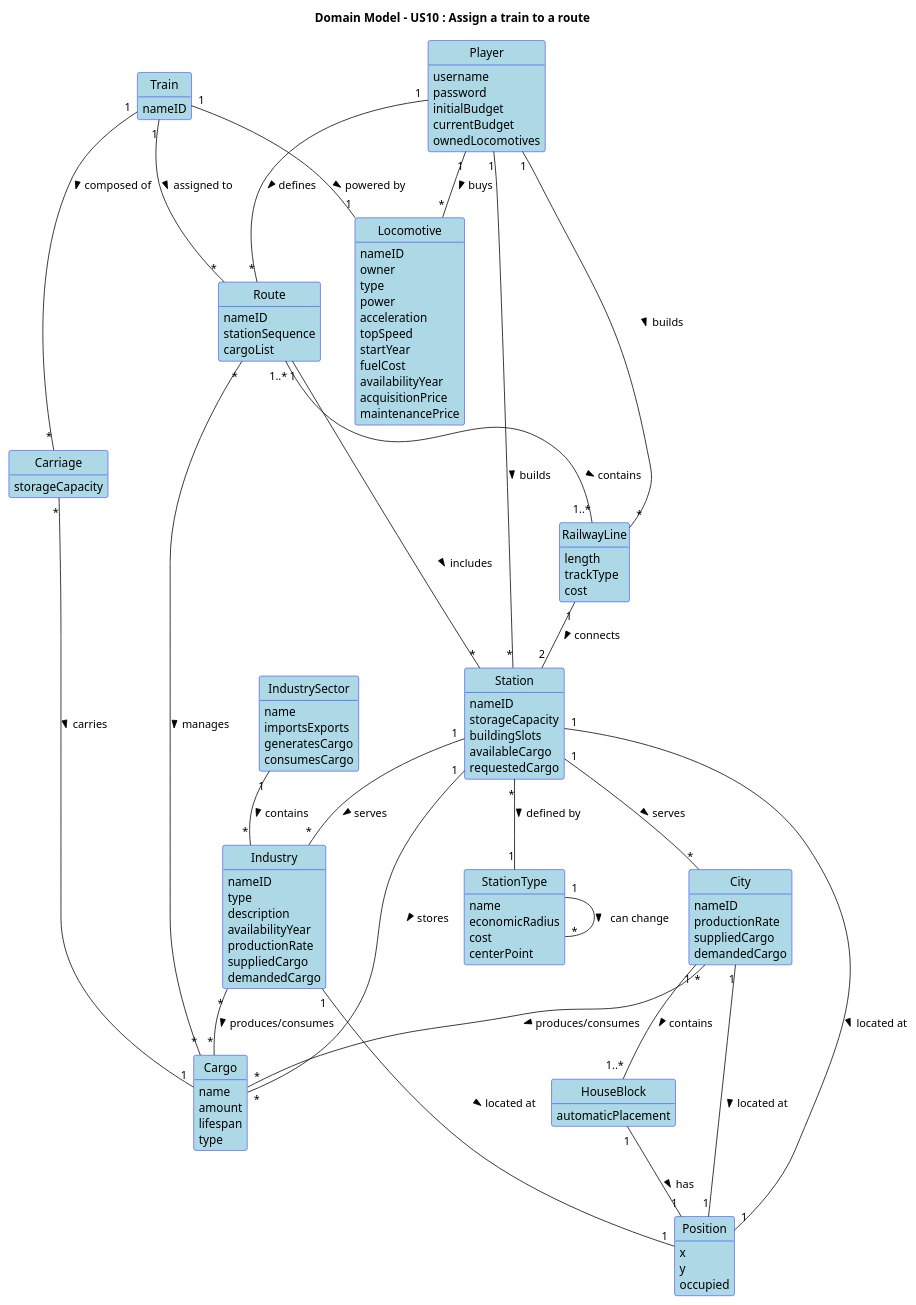
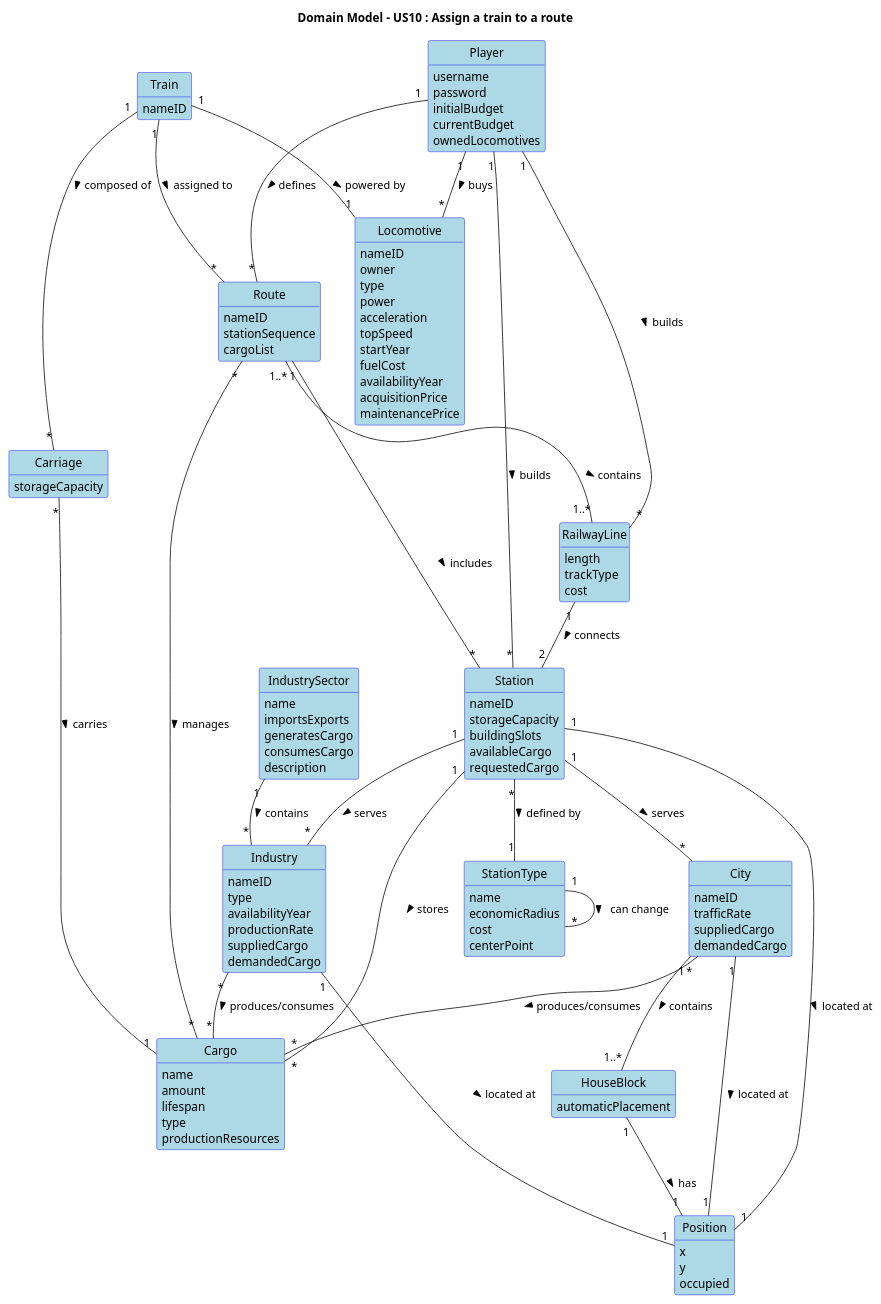
The diagram in docs/system-documentation/Sprint 2/US10/02.analysis/puml/US010-DM.puml (HenriqueSilva18/Railway-Network-Simulator), drawn with PlantUML before and after one commit. The commit also changed 1 other file, not shown here.

```diff
--- a/docs/system-documentation/Sprint 2/US10/02.analysis/puml/US010-DM.puml
+++ b/docs/system-documentation/Sprint 2/US10/02.analysis/puml/US010-DM.puml
@@ -1,154 +1,155 @@
 @startuml
 skinparam packageStyle rectangle
 skinparam shadowing false
 skinparam classAttributeIconSize 0
 skinparam class {
   BackgroundColor LightBlue
   BorderColor Blue
 }
 skinparam enum {
   BackgroundColor LightBlue
   BorderColor Blue
 }
 
 hide circle
 hide methods
 
 title Domain Model - US10 : Assign a train to a route
 
 class Player {
   username
   password
   initialBudget
   currentBudget
   ownedLocomotives
 }
 
 class Position {
   x
   y
   occupied
 }
 
 class City {
   nameID
-  productionRate
+  trafficRate
   suppliedCargo
   demandedCargo
 }
 
 class HouseBlock {
   automaticPlacement
 }
 
 
 class Industry {
   nameID
   type
-  description
   availabilityYear
   productionRate
   suppliedCargo
   demandedCargo
 }
 
 class IndustrySector {
   name
   importsExports
   generatesCargo
   consumesCargo
+  description
 }
 
 class Station {
   nameID
   storageCapacity
   buildingSlots
   availableCargo
   requestedCargo
 }
 
 class StationType {
   name
   economicRadius
   cost
   centerPoint
 }
 
 class RailwayLine {
   length
   trackType
   cost
 }
 
 class Locomotive {
   nameID
   owner
   type
   power
   acceleration
   topSpeed
   startYear
   fuelCost
   availabilityYear
   acquisitionPrice
   maintenancePrice
 }
 class Route {
   nameID
   stationSequence
   cargoList
 }
 
 class Carriage {
   storageCapacity
 }
 
 class Cargo {
   name
   amount
   lifespan
   type
+  productionResources
 }
 
 class Train {
   nameID
 }
 
 Player "1" -- "*" Station : builds >
 Player "1" -- "*" RailwayLine : builds >
 Player "1" -- "*" Locomotive : buys >
 Player "1" -- "*" Route: defines >
 
 Route "1" -- "*" Station : includes >
 Route "*" -- "*" Cargo : manages >
 
 Train "1" -- "1" Locomotive : powered by >
 Train "1" -- "*" Route : assigned to >
 Train "1" -- "*" Carriage : composed of >
 
 RailwayLine "1" -- "2" Station : connects >
 
 Station "1" -- "*" Cargo : stores >
 Station "1" -- "*" City : serves >
 Station "1" -- "*" Industry : serves >
 
 Carriage "*" -- "1" Cargo : carries >
 Route "1..*"-- "1..*" RailwayLine: contains >
 
 City "*" -- "*" Cargo : produces/consumes >
 
 City "1" -- "1" Position : located at >
 Industry "1" -- "1" Position : located at >
 Station "1" -- "1" Position : located at >
 
 City "1" -- "1..*" HouseBlock : contains >
 HouseBlock "1" -- "1" Position : has >
 
 Industry "*" -- "*" Cargo : produces/consumes >
 
 Station "*" -- "1" StationType : defined by >
 IndustrySector "1" -- "*" Industry : contains >
 
 StationType "1" -- "*" StationType : can change >
 
 @enduml
```
